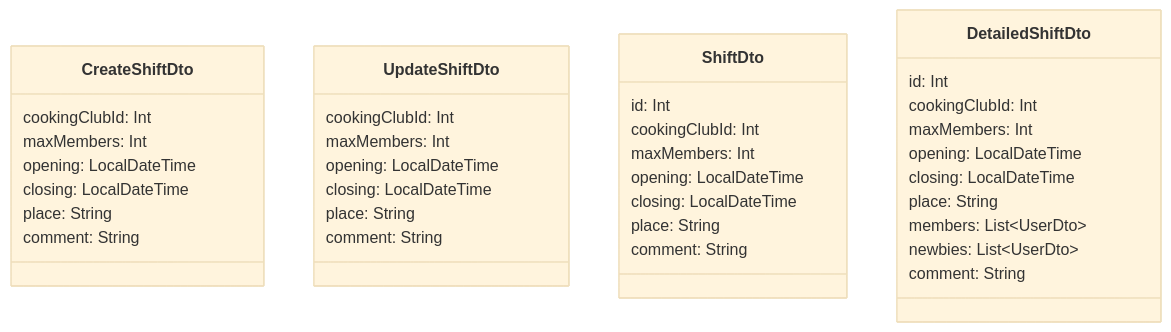
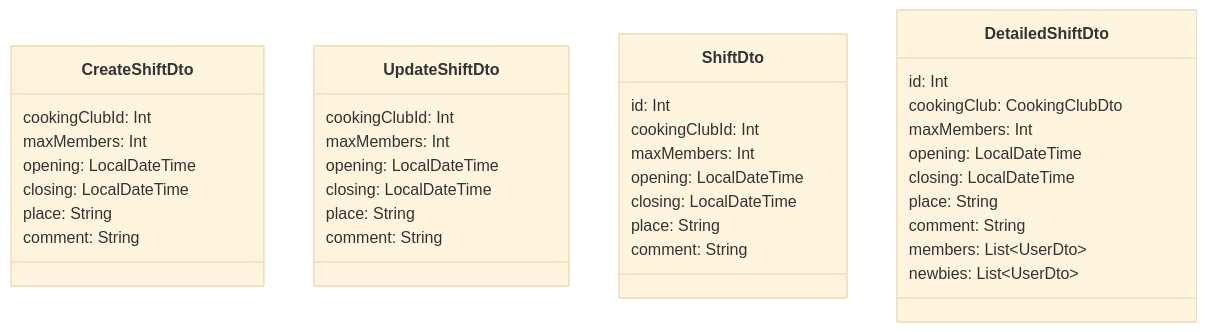
One commit to kir-dev/foodex-web changed the fourth of 9 diagrams in Upgrade backend TERV.md. Above: the diagram before and after it, drawn with Mermaid (base theme). The commit also changed other lines of this file and 11 other files, not shown here.

````diff
--- a/Upgrade backend TERV.md
+++ b/Upgrade backend TERV.md
@@ -91,43 +92,43 @@
 ```mermaid
 classDiagram
 
 class CreateShiftDto {
     cookingClubId: Int
     maxMembers: Int
     opening: LocalDateTime
     closing: LocalDateTime
     place: String
     comment: String
 }
 
 class UpdateShiftDto {
     cookingClubId: Int
     maxMembers: Int
     opening: LocalDateTime
     closing: LocalDateTime
     place: String
     comment: String
 }
 
 class ShiftDto {
     id: Int
     cookingClubId: Int
     maxMembers: Int
     opening: LocalDateTime
     closing: LocalDateTime
     place: String
     comment: String
 }
 
 class DetailedShiftDto {
     id: Int
-    cookingClubId: Int
+    cookingClub: CookingClubDto
     maxMembers: Int
     opening: LocalDateTime
     closing: LocalDateTime
     place: String
+    comment: String
     members: List&lt;UserDto&gt;
     newbies: List&lt;UserDto&gt;
-    comment: String
 }
 ```
````
